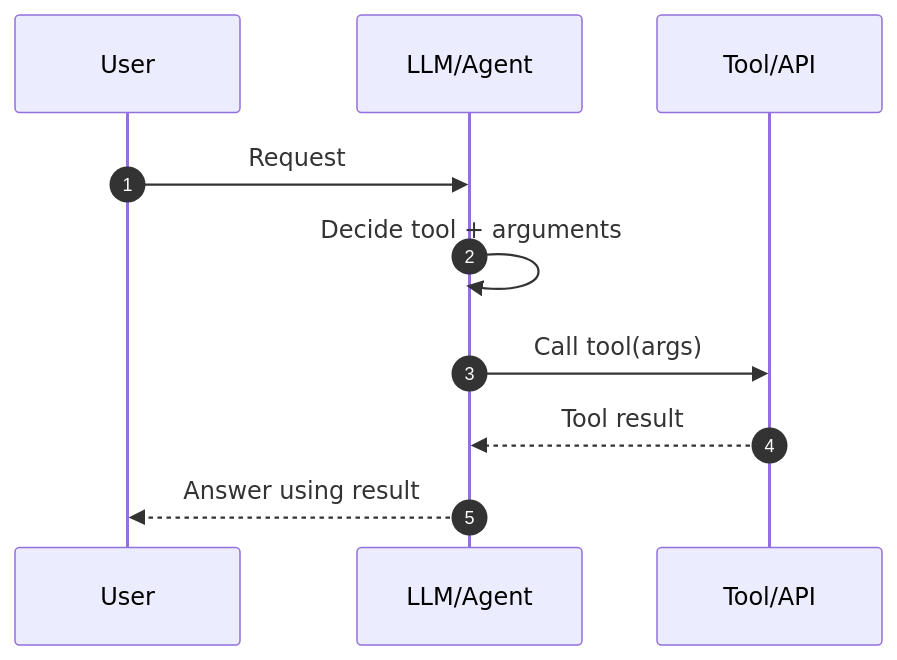
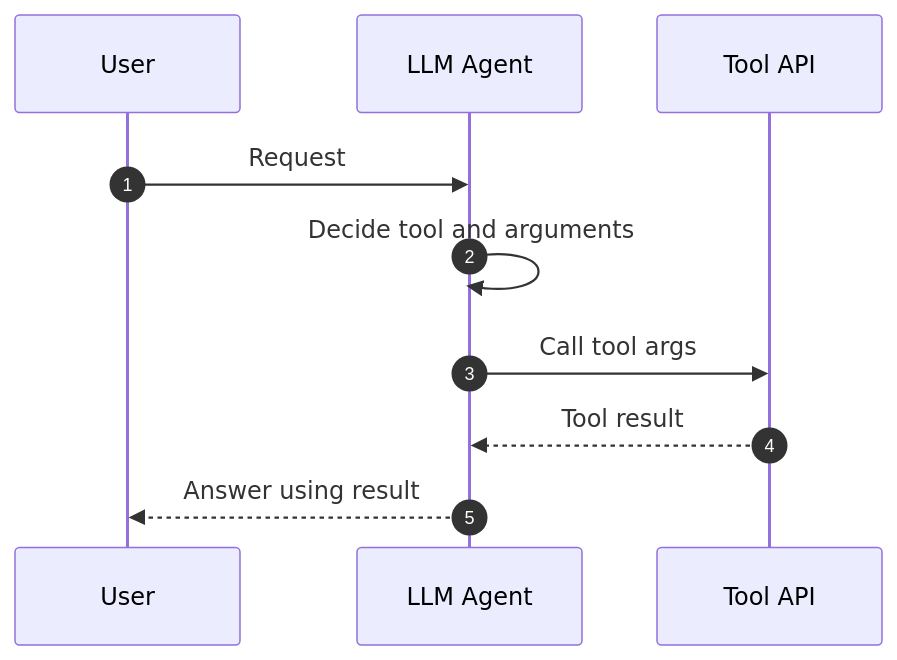
The fifth of 21 diagrams in Agentic_Design_Patterns_21_Patterns_Guide.md (tonyjosephsebastians/AI-Design-patterns), drawn with Mermaid before and after one commit. The commit also changed other lines of this file, not shown here.

````diff
--- a/Agentic_Design_Patterns_21_Patterns_Guide.md
+++ b/Agentic_Design_Patterns_21_Patterns_Guide.md
@@ -190,12 +190,12 @@
 ```mermaid
 sequenceDiagram
 autonumber
 participant U as User
-participant L as LLM/Agent
-participant T as Tool/API
+participant L as LLM Agent
+participant T as Tool API
 U->>L: Request
-L->>L: Decide tool + arguments
-L->>T: Call tool(args)
+L->>L: Decide tool and arguments
+L->>T: Call tool args
 T-->>L: Tool result
 L-->>U: Answer using result
 ```
````
